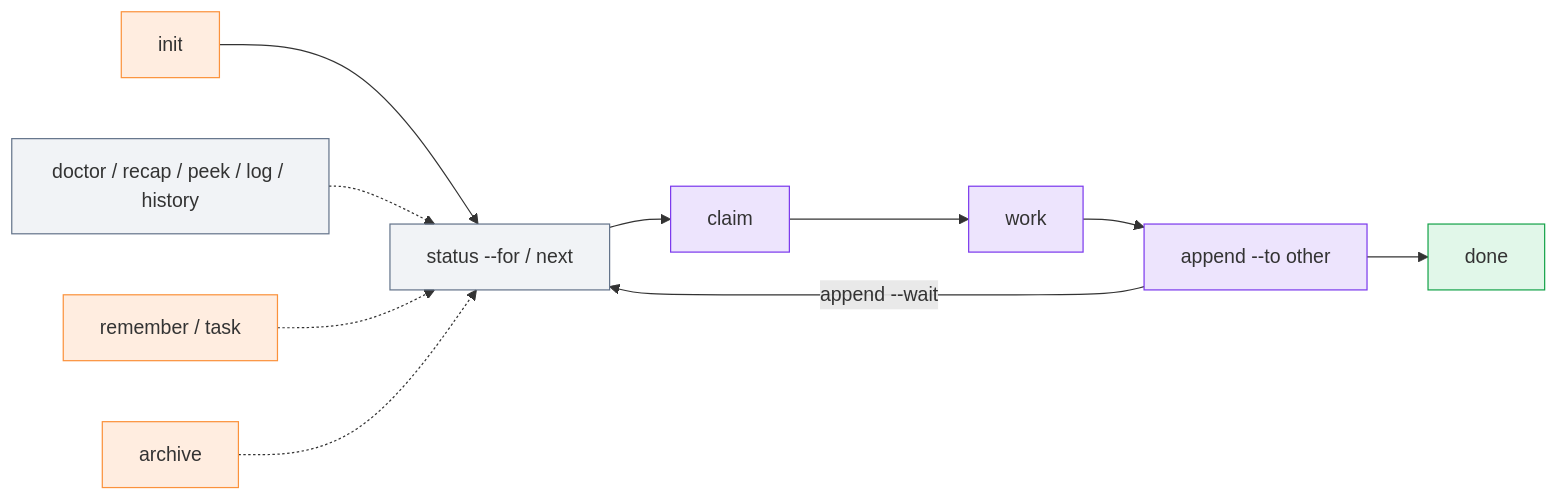
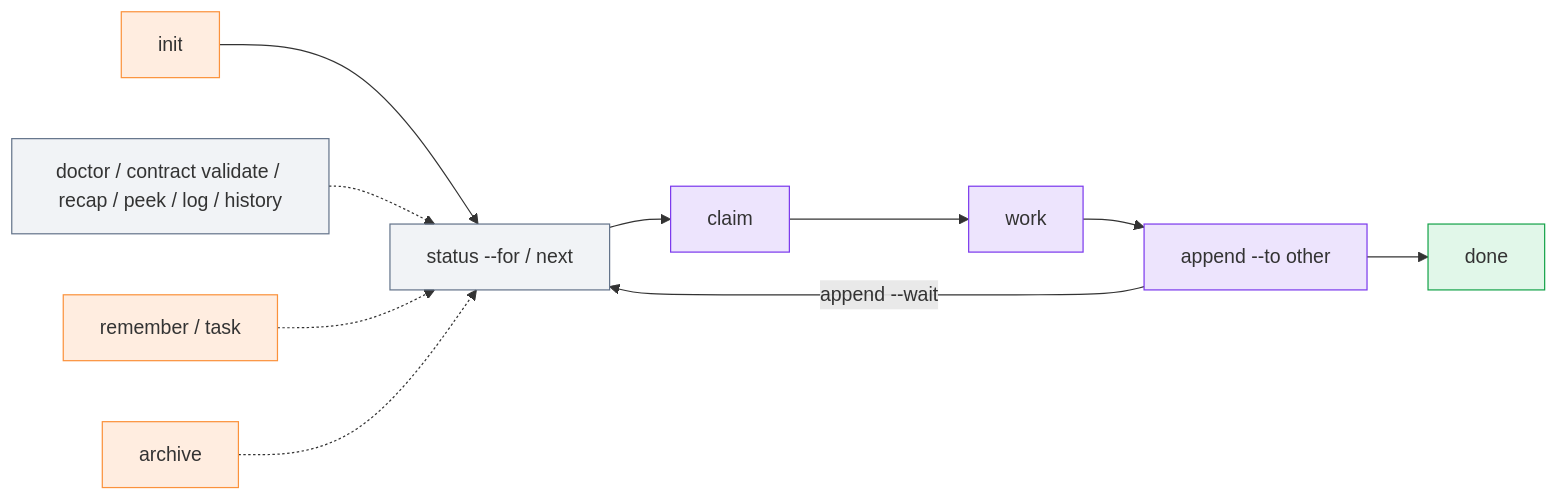
One commit to M8Shift/m8shift.github.io changed the diagram in docs/reference/cli.md. Above: the diagram before and after it, drawn with Mermaid. The commit also changed other lines of this file and 15 other files, not shown here.

````diff
--- a/docs/reference/cli.md
+++ b/docs/reference/cli.md
@@ -10,21 +10,21 @@
 ```mermaid
 flowchart LR
     INIT["init"] --> ST["status --for / next"]
     ST --> CL["claim"]
     CL --> WK["work"]
     WK --> AP["append --to other"]
     AP -->|"append --wait"| ST
     AP --> DONE["done"]
-    READ["doctor / recap / peek / log / history"] -.-> ST
+    READ["doctor / contract validate / recap / peek / log / history"] -.-> ST
     MEM["remember / task"] -.-> ST
     ARCH["archive"] -.-> ST
 
     classDef agent fill:#7c3aed22,stroke:#7c3aed;
     classDef ok fill:#22c55e22,stroke:#16a34a;
     classDef wait fill:#94a3b822,stroke:#64748b;
     classDef store fill:#ff7a1822,stroke:#fb923c;
     class CL,AP,WK agent
     class DONE ok
     class ST,READ wait
     class ARCH,MEM,INIT store
 ```
````
